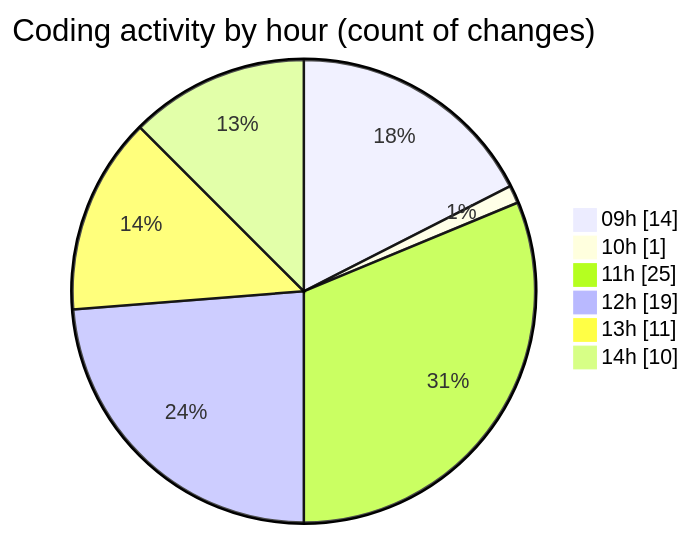
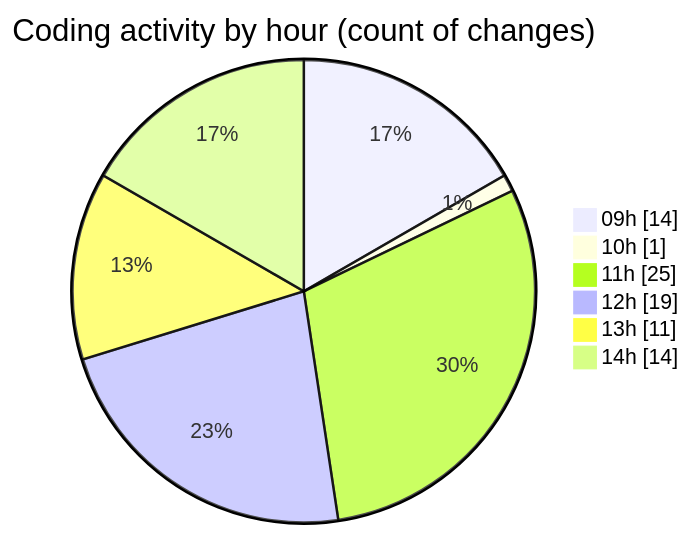
The second of 2 diagrams in 2025-12-05/cda/README.md (momahboobian/code-tracking), drawn with Mermaid before and after one commit. The commit also changed other lines of this file and 1 other file, not shown here.

````diff
--- a/2025-12-05/cda/README.md
+++ b/2025-12-05/cda/README.md
@@ -48,10 +48,10 @@
 ```mermaid
 pie showData
 title Coding activity by hour (count of changes)
 "09h" : 14
 "10h" : 1
 "11h" : 25
 "12h" : 19
 "13h" : 11
-"14h" : 10
+"14h" : 14
 ```
````
